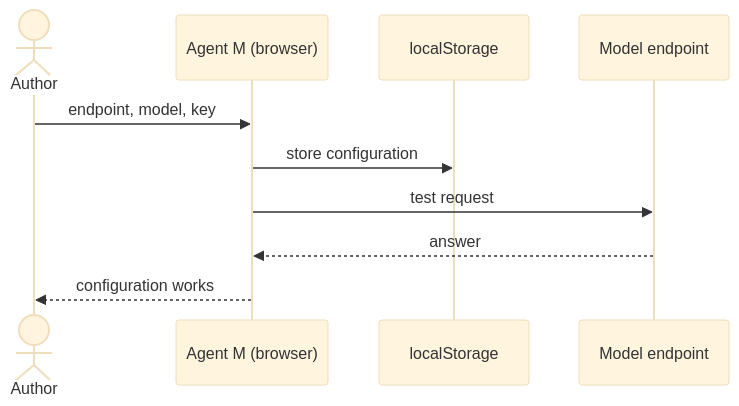
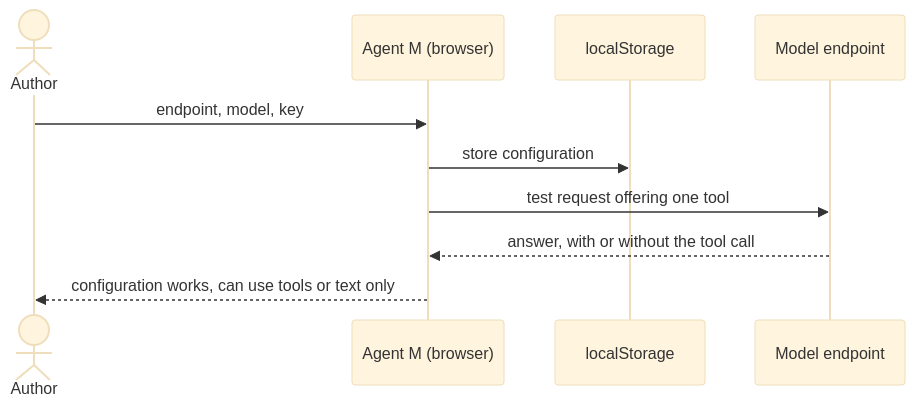
Before and after one commit to akmaier/agent-m: the diagram in docs/use-cases/UC-003-configure-a-model-endpoint.md, drawn with Mermaid (base theme). The commit also changed other lines of this file and 26 other files, not shown here.

````diff
--- a/docs/use-cases/UC-003-configure-a-model-endpoint.md
+++ b/docs/use-cases/UC-003-configure-a-model-endpoint.md
@@ -40,12 +42,12 @@
 ```mermaid
 sequenceDiagram
     actor A as Author
     participant M as Agent M (browser)
     participant L as localStorage
     participant E as Model endpoint
     A->>M: endpoint, model, key
     M->>L: store configuration
-    M->>E: test request
-    E-->>M: answer
-    M-->>A: configuration works
+    M->>E: test request offering one tool
+    E-->>M: answer, with or without the tool call
+    M-->>A: configuration works, can use tools or text only
 ```
````
